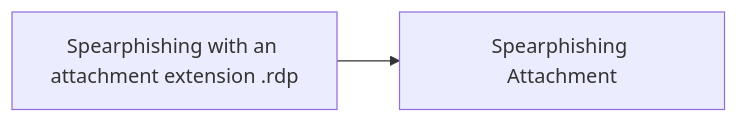
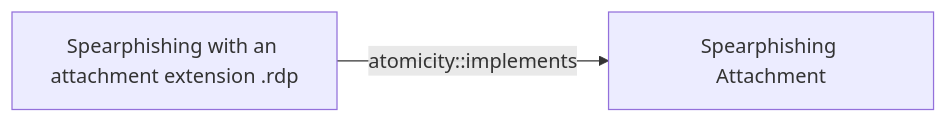
One commit to opentidehq/library changed the diagram in docs/threats/spearphishing-with-an-attachment-extension-rdp.md. Above: the diagram before and after it, drawn with Mermaid. The commit also changed other lines of this file and 277 other files, not shown here.

````diff
--- a/docs/threats/spearphishing-with-an-attachment-extension-rdp.md
+++ b/docs/threats/spearphishing-with-an-attachment-extension-rdp.md
@@ -40,6 +81,6 @@
 ```mermaid
 flowchart LR
 58b98d75_fc63_4662_8908_a2a7f4200902["Spearphishing with an attachment extension .rdp"]
 dd5d942c_bac4_4000_b9a6_ca4fef6cfb84["Spearphishing Attachment"]
-58b98d75_fc63_4662_8908_a2a7f4200902 --> dd5d942c_bac4_4000_b9a6_ca4fef6cfb84
+58b98d75_fc63_4662_8908_a2a7f4200902 -->|atomicity::implements| dd5d942c_bac4_4000_b9a6_ca4fef6cfb84
 ```
````
